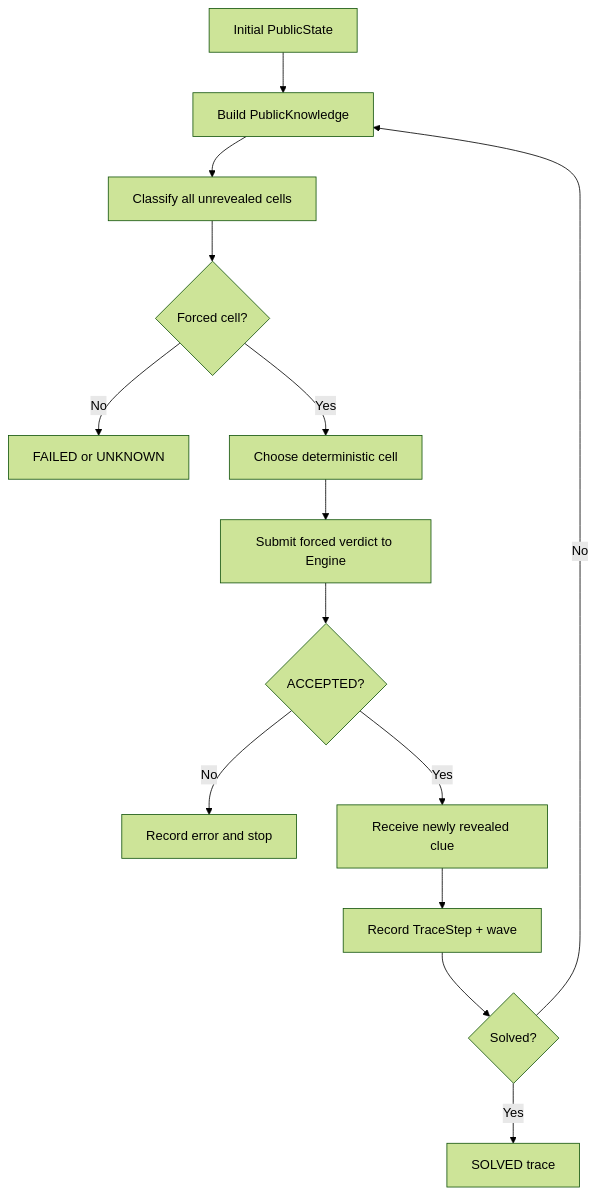
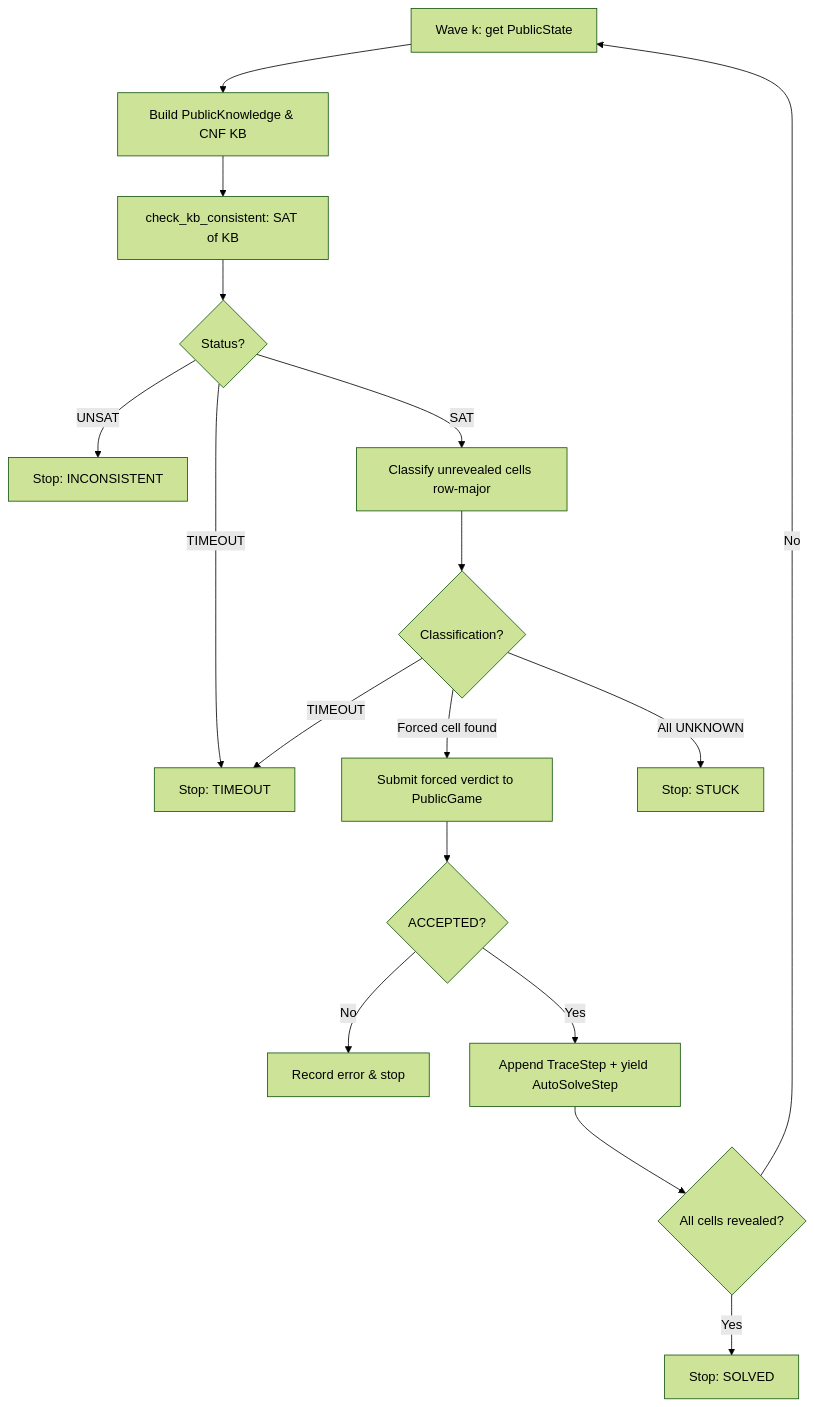
One commit to vannguyn/Griductive-Solver changed diagram 15 of 18 in Workflow.md. Above: the diagram before and after it, drawn with Mermaid (forest theme). The commit also changed other lines of this file, not shown here.

Commit message:
docs(workflow): replace HTTP API with GameSession/PyQt6 flow and sync contracts

````diff
--- a/Workflow.md
+++ b/Workflow.md
@@ -574,16 +599,19 @@
 ```mermaid
 flowchart TD
-    A[Initial PublicState] --> B[Build PublicKnowledge]
-    B --> C[Classify all unrevealed cells]
-    C --> D{Forced cell?}
-    D -- No --> E[FAILED or UNKNOWN]
-    D -- Yes --> F[Choose deterministic cell]
-    F --> G[Submit forced verdict to Engine]
+    A[Wave k: get PublicState] --> B[Build PublicKnowledge & CNF KB]
+    B --> C[check_kb_consistent: SAT of KB]
+    C --> D{Status?}
+    D -- UNSAT --> INC[Stop: INCONSISTENT]
+    D -- TIMEOUT --> TO[Stop: TIMEOUT]
+    D -- SAT --> E[Classify unrevealed cells row-major]
+    E --> F{Classification?}
+    F -- TIMEOUT --> TO
+    F -- Forced cell found --> G[Submit forced verdict to PublicGame]
+    F -- All UNKNOWN --> STK[Stop: STUCK]
     G --> H{ACCEPTED?}
-    H -- No --> I[Record error and stop]
-    H -- Yes --> J[Receive newly revealed clue]
-    J --> K[Record TraceStep + wave]
-    K --> L{Solved?}
-    L -- No --> B
-    L -- Yes --> M[SOLVED trace]
+    H -- No --> ERR[Record error & stop]
+    H -- Yes --> I[Append TraceStep + yield AutoSolveStep]
+    I --> J{All cells revealed?}
+    J -- No --> A
+    J -- Yes --> WIN[Stop: SOLVED]
 ```
````
